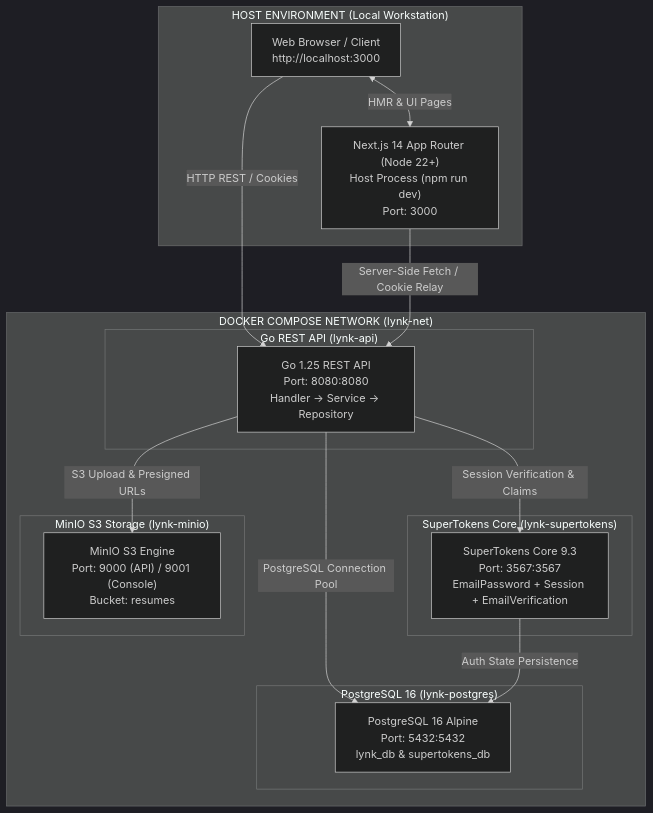
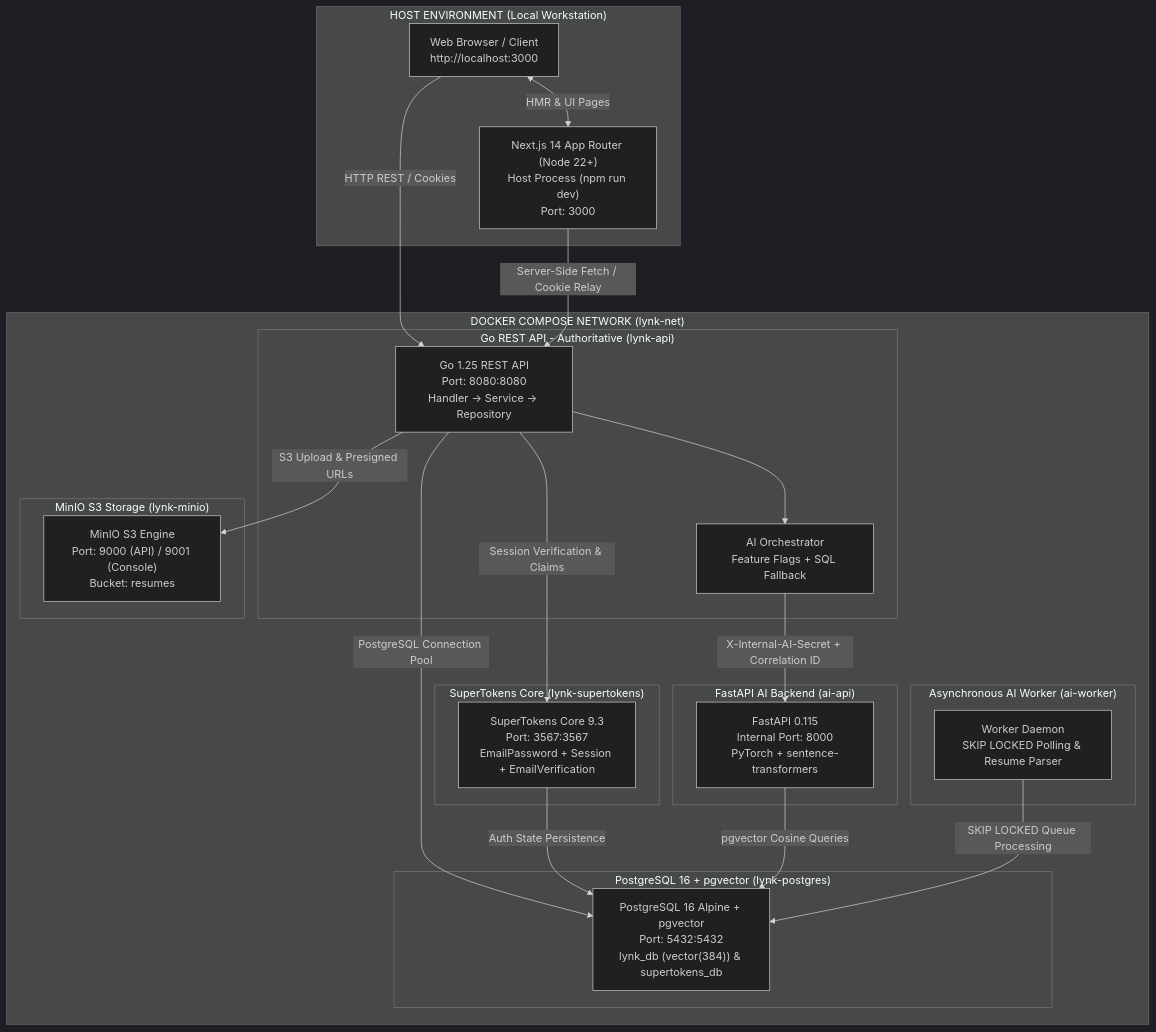
Before and after one commit to BIJJUDAMA/Lynk: the first of 3 diagrams in docs/architecture/system-architecture.md, drawn with Mermaid (dark theme). The commit also changed other lines of this file and 3 other files, not shown here.

Commit message:
docs(arch): document AI subsystem architecture, endpoints, schemas, and threat model

````diff
--- a/docs/architecture/system-architecture.md
+++ b/docs/architecture/system-architecture.md
@@ -30,34 +30,47 @@
 ```mermaid
 flowchart TB
     subgraph Host["HOST ENVIRONMENT (Local Workstation)"]
         Browser["Web Browser / Client<br/>http://localhost:3000"]
         NextHost["Next.js 14 App Router (Node 22+)<br/>Host Process (npm run dev)<br/>Port: 3000"]
         Browser <-->|HMR & UI Pages| NextHost
     end
 
     subgraph DockerBridge["DOCKER COMPOSE NETWORK (lynk-net)"]
-        subgraph APIService["Go REST API (lynk-api)"]
+        subgraph APIService["Go REST API - Authoritative (lynk-api)"]
             GoAPI["Go 1.25 REST API<br/>Port: 8080:8080<br/>Handler -> Service -> Repository"]
+            Orchestrator["AI Orchestrator<br/>Feature Flags + SQL Fallback"]
+            GoAPI --> Orchestrator
+        end
+
+        subgraph AIService["FastAPI AI Backend (ai-api)"]
+            FastAPI["FastAPI 0.115<br/>Internal Port: 8000<br/>PyTorch + sentence-transformers"]
+        end
+
+        subgraph WorkerService["Asynchronous AI Worker (ai-worker)"]
+            AIWorker["Worker Daemon<br/>SKIP LOCKED Polling & Resume Parser"]
         end
 
         subgraph IAMService["SuperTokens Core (lynk-supertokens)"]
             ST["SuperTokens Core 9.3<br/>Port: 3567:3567<br/>EmailPassword + Session + EmailVerification"]
         end
 
-        subgraph DBService["PostgreSQL 16 (lynk-postgres)"]
-            PG["PostgreSQL 16 Alpine<br/>Port: 5432:5432<br/>lynk_db & supertokens_db"]
+        subgraph DBService["PostgreSQL 16 + pgvector (lynk-postgres)"]
+            PG["PostgreSQL 16 Alpine + pgvector<br/>Port: 5432:5432<br/>lynk_db (vector(384)) & supertokens_db"]
         end
 
         subgraph StorageService["MinIO S3 Storage (lynk-minio)"]
             MinIO["MinIO S3 Engine<br/>Port: 9000 (API) / 9001 (Console)<br/>Bucket: resumes"]
         end
     end
 
     %% Network Connections
     Browser -->|HTTP REST / Cookies| GoAPI
     NextHost -->|Server-Side Fetch / Cookie Relay| GoAPI
     GoAPI -->|Session Verification & Claims| ST
     GoAPI -->|PostgreSQL Connection Pool| PG
     ST -->|Auth State Persistence| PG
     GoAPI -->|S3 Upload & Presigned URLs| MinIO
+    Orchestrator -->|X-Internal-AI-Secret + Correlation ID| FastAPI
+    FastAPI -->|pgvector Cosine Queries| PG
+    AIWorker -->|SKIP LOCKED Queue Processing| PG
 ```
````
